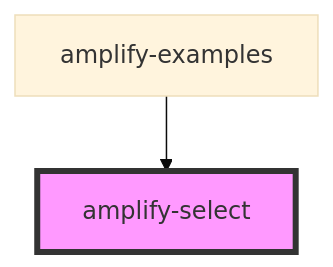
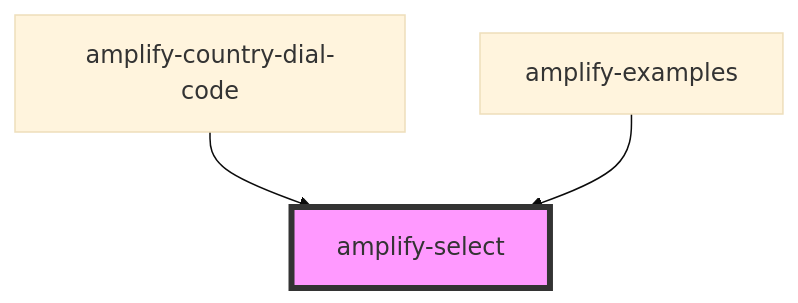
One commit to OneDev0411/amplify-js changed the diagram in packages/amplify-ui-components/src/components/amplify-select/readme.md. Above: the diagram before and after it, drawn with Mermaid (base theme). The commit also changed other lines of this file and 9 other files, not shown here.

First line of the commit message:
feat: Add country dial code component with select comp base (#3999)

````diff
--- a/packages/amplify-ui-components/src/components/amplify-select/readme.md
+++ b/packages/amplify-ui-components/src/components/amplify-select/readme.md
@@ -24,5 +25,6 @@
 ```mermaid
 graph TD;
+  amplify-country-dial-code --> amplify-select
   amplify-examples --> amplify-select
   style amplify-select fill:#f9f,stroke:#333,stroke-width:4px
 ```
````
